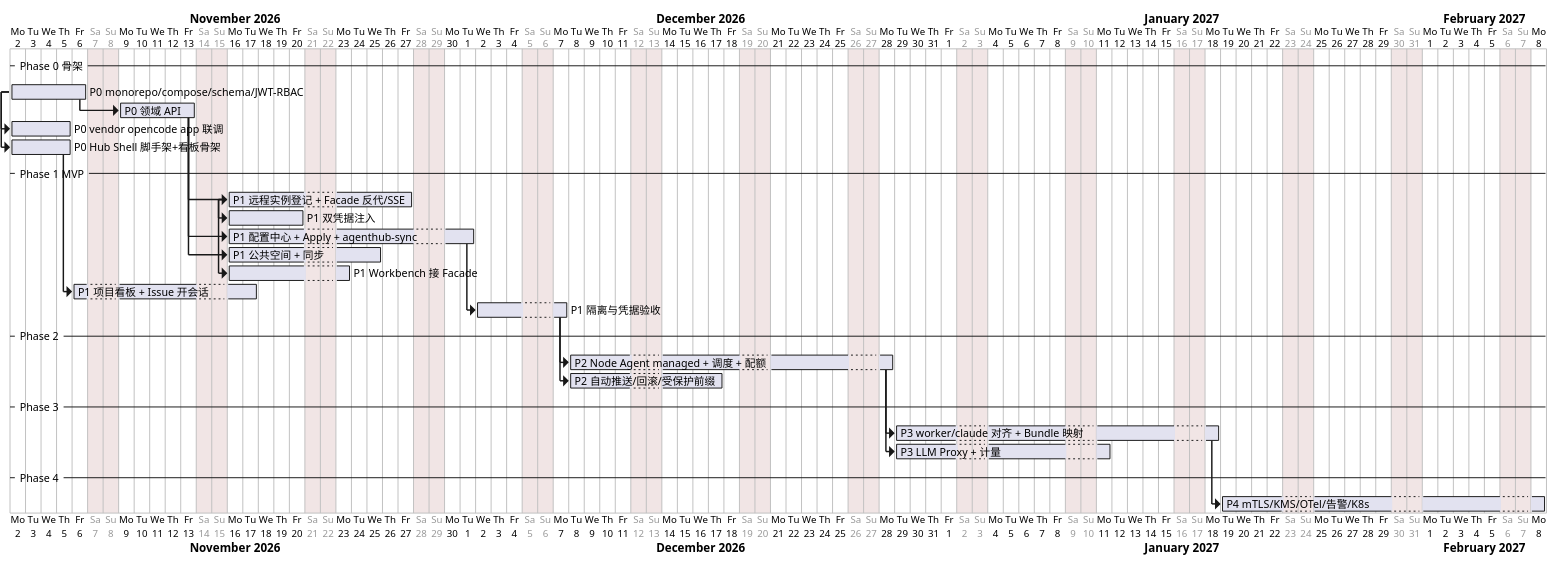
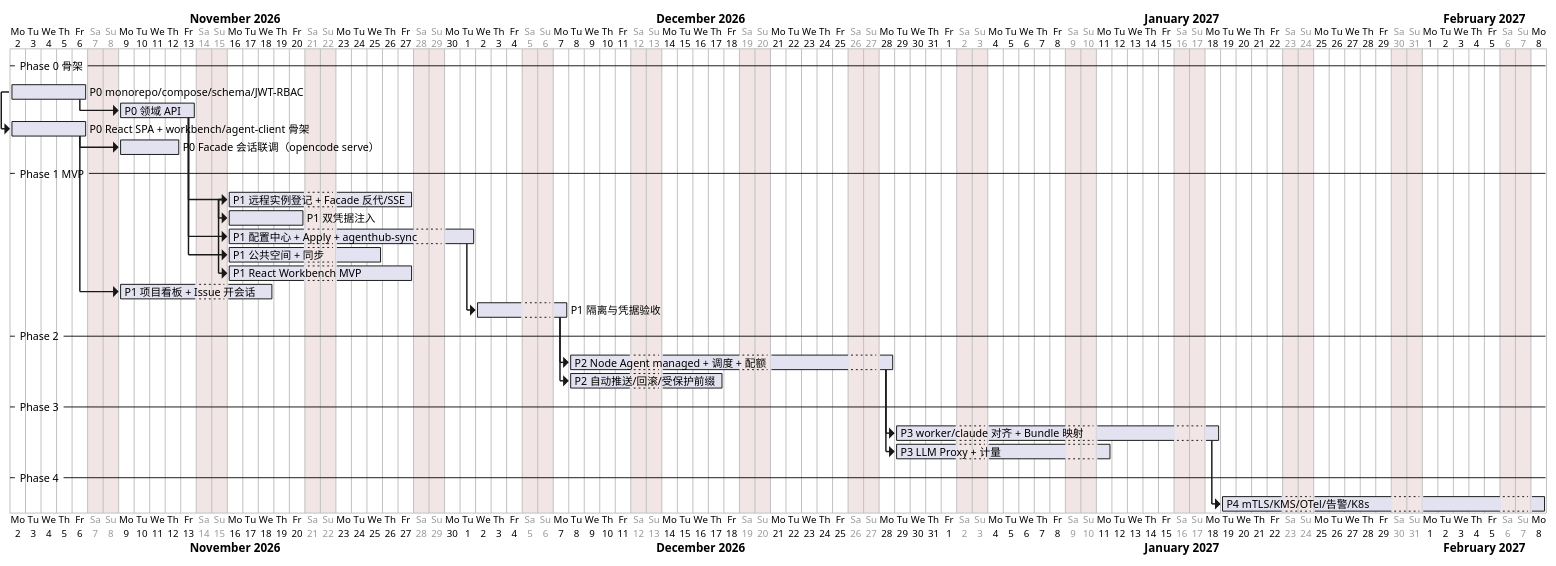
The first of 2 diagrams in docs/architecture/13-roadmap-acceptance.md (JackLuguibin/AgentHubEx), drawn with PlantUML before and after one commit. The commit also changed other lines of this file and 18 other files, not shown here.

First line of the commit message:
docs: align architecture on React SPA, Drizzle, open-source, intranet

````diff
--- a/docs/architecture/13-roadmap-acceptance.md
+++ b/docs/architecture/13-roadmap-acceptance.md
@@ -5,48 +5,48 @@
 ```plantuml
 @startgantt roadmap
 Project starts 2026-11-02
 saturday are closed
 sunday are closed
 
 -- Phase 0 骨架 --
 [P0 monorepo/compose/schema/JWT-RBAC] as [p0a] lasts 5 days
 [P0 领域 API] as [p0b] lasts 5 days
 [p0b] starts at [p0a]'s end
-[P0 vendor opencode app 联调] as [p0c] lasts 4 days
+[P0 React SPA + workbench/agent-client 骨架] as [p0c] lasts 5 days
 [p0c] starts at [p0a]'s start
-[P0 Hub Shell 脚手架+看板骨架] as [p0d] lasts 4 days
-[p0d] starts at [p0a]'s start
+[P0 Facade 会话联调（opencode serve）] as [p0d] lasts 4 days
+[p0d] starts at [p0c]'s end
 
 -- Phase 1 MVP --
 [P1 远程实例登记 + Facade 反代/SSE] as [p1a] lasts 10 days
 [p1a] starts at [p0b]'s end
 [P1 双凭据注入] as [p1b] lasts 5 days
 [p1b] starts at [p1a]'s start
 [P1 配置中心 + Apply + agenthub-sync] as [p1c] lasts 12 days
 [p1c] starts at [p0b]'s end
 [P1 公共空间 + 同步] as [p1d] lasts 8 days
 [p1d] starts at [p0b]'s end
-[P1 Workbench 接 Facade] as [p1e] lasts 6 days
+[P1 React Workbench MVP] as [p1e] lasts 10 days
 [p1e] starts at [p1a]'s start
 [P1 项目看板 + Issue 开会话] as [p1f] lasts 8 days
-[p1f] starts at [p0d]'s end
+[p1f] starts at [p0c]'s end
 [P1 隔离与凭据验收] as [p1g] lasts 4 days
 [p1g] starts at [p1c]'s end
 
 -- Phase 2 --
 [P2 Node Agent managed + 调度 + 配额] as [p2a] lasts 15 days
 [p2a] starts at [p1g]'s end
 [P2 自动推送/回滚/受保护前缀] as [p2b] lasts 8 days
 [p2b] starts at [p1g]'s end
 
 -- Phase 3 --
 [P3 worker/claude 对齐 + Bundle 映射] as [p3a] lasts 15 days
 [p3a] starts at [p2a]'s end
 [P3 LLM Proxy + 计量] as [p3b] lasts 10 days
 [p3b] starts at [p2a]'s end
 
 -- Phase 4 --
 [P4 mTLS/KMS/OTel/告警/K8s] as [p4] lasts 15 days
 [p4] starts at [p3a]'s end
 @endgantt
 ```
````
